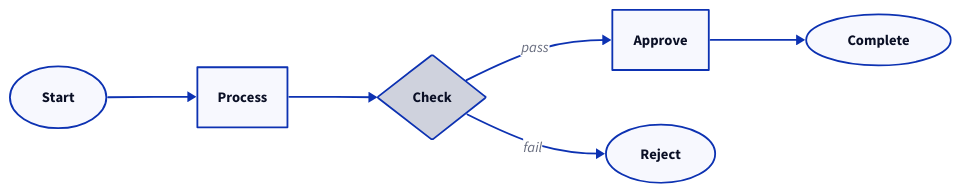
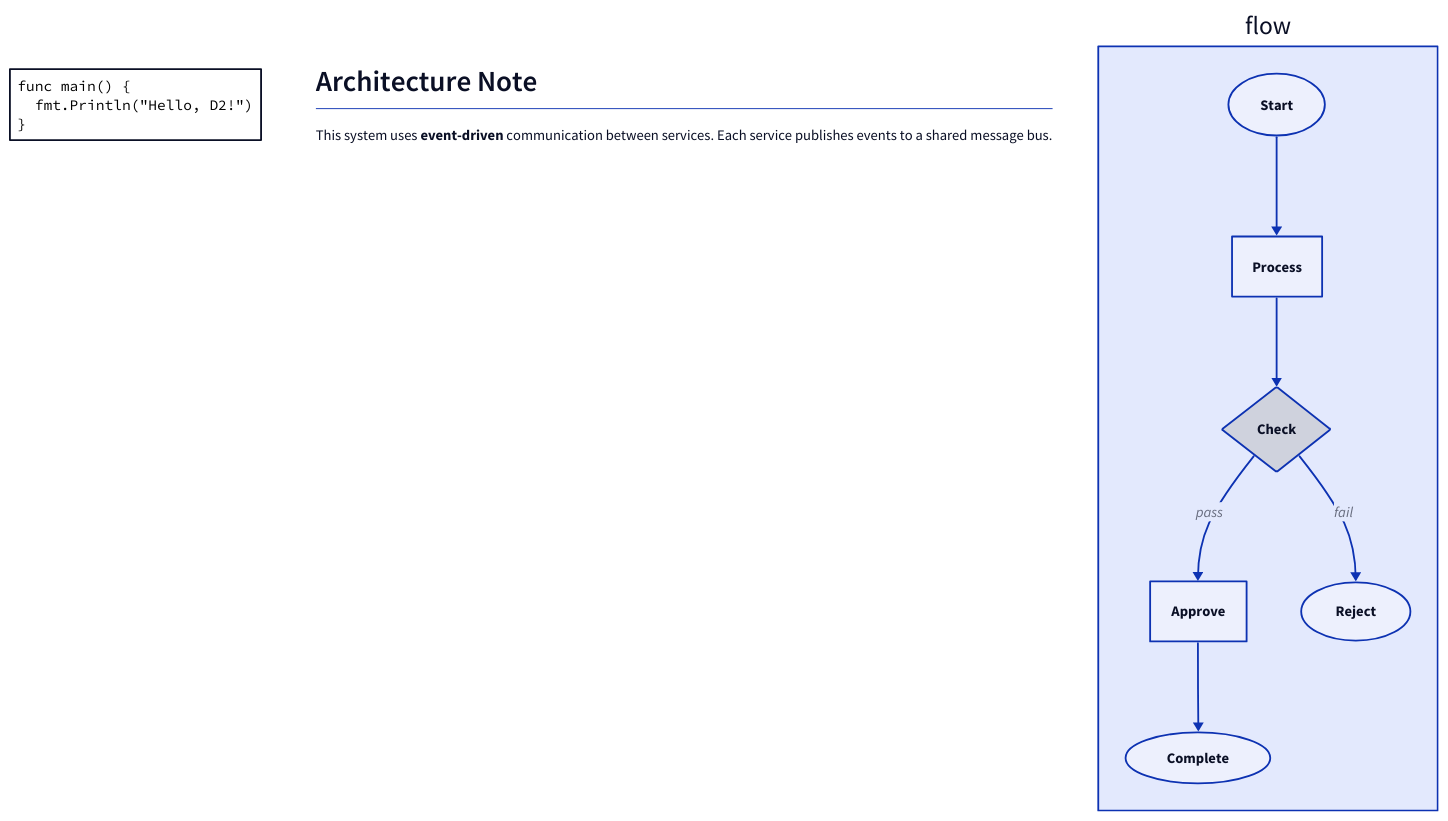
The sixth of 11 diagrams in tests/d2.md (letientai299/dirsv), drawn with D2 before and after one commit. The commit also changed other lines of this file, not shown here.

````diff
--- a/tests/d2.md
+++ b/tests/d2.md
@@ -326,15 +215,30 @@
 ```d2
-direction: right
+snippet: |go
+  func main() {
+    fmt.Println("Hello, D2!")
+  }
+| {shape: code}
 
-start: Start {shape: oval}
-process: Process
-decision: Check {shape: diamond}
-yes: Approve
-no: Reject {shape: oval}
-done: Complete {shape: oval}
+explanation: |md
+  # Architecture Note
 
-start -> process -> decision
-decision -> yes: pass
-decision -> no: fail
-yes -> done
+  This system uses **event-driven** communication
+  between services. Each service publishes events
+  to a shared message bus.
+| {shape: text}
+
+flow: {
+  direction: right
+  start: Start {shape: oval}
+  process: Process
+  decision: Check {shape: diamond}
+  yes: Approve
+  no: Reject {shape: oval}
+  done: Complete {shape: oval}
+
+  start -> process -> decision
+  decision -> yes: pass
+  decision -> no: fail
+  yes -> done
+}
 ```
````
